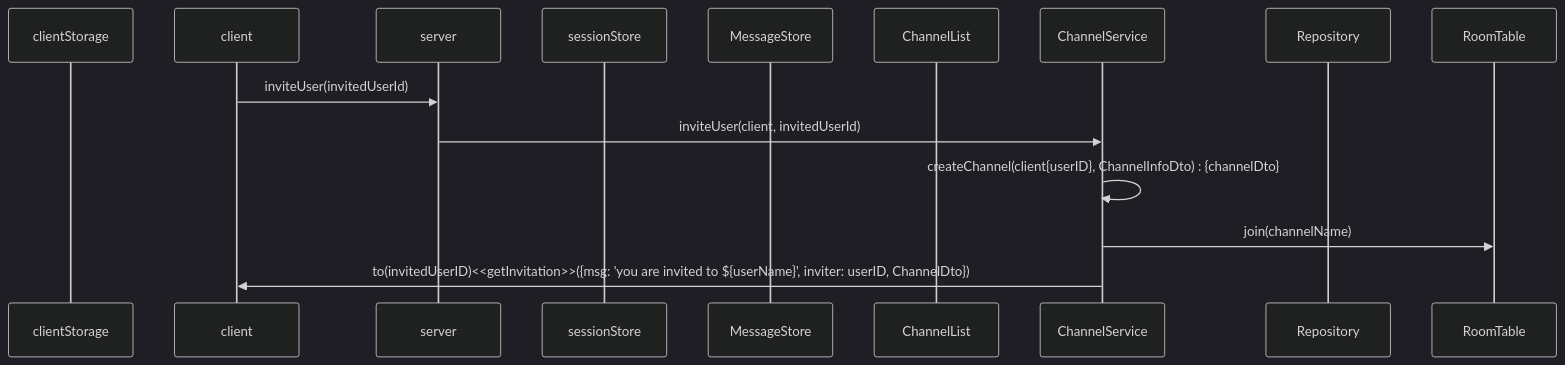
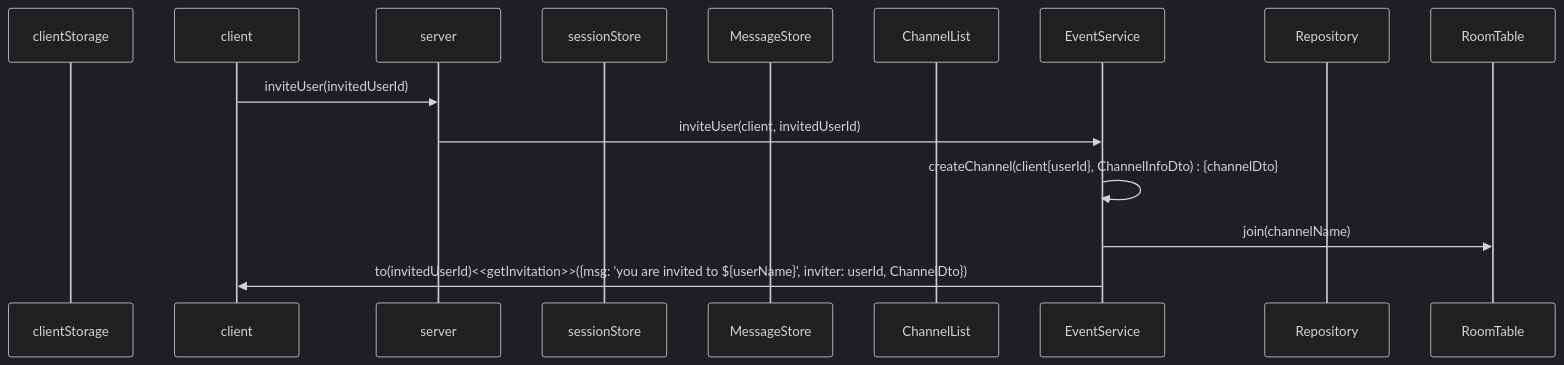
Before and after one commit to mtak0235/simmons_transcendence: diagram 13 of 19 in backend/node/app/event.md, drawn with Mermaid (dark theme). The commit also changed other lines of this file and 1 other file, not shown here.

````diff
--- a/backend/node/app/event.md
+++ b/backend/node/app/event.md
@@ -346,18 +323,18 @@
 ```mermaid
 sequenceDiagram
 participant cls as clientStorage
 participant c as client
 participant ga as server
 participant ss as sessionStore
 participant ms as MessageStore
 participant cns as ChannelList
-participant cs as ChannelService
+participant cs as EventService
 participant r as Repository
 participant rt as RoomTable
 
 c->>ga: inviteUser(invitedUserId)
 ga->>cs: inviteUser(client, invitedUserId)
-cs->>cs: createChannel(client{userID}, ChannelInfoDto) : {channelDto}
+cs->>cs: createChannel(client{userId}, ChannelInfoDto) : {channelDto}
 cs->>rt: join(channelName)
-cs->>c: to(invitedUserID)<<getInvitation>>({msg: 'you are invited to ${userName}', inviter: userID, ChannelDto})
+cs->>c: to(invitedUserId)<<getInvitation>>({msg: 'you are invited to ${userName}', inviter: userId, ChannelDto})
 ```
````
